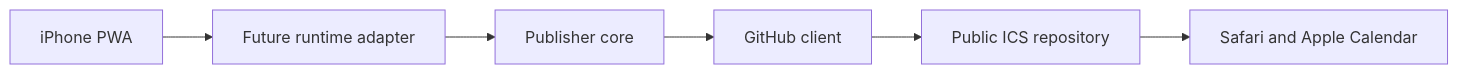
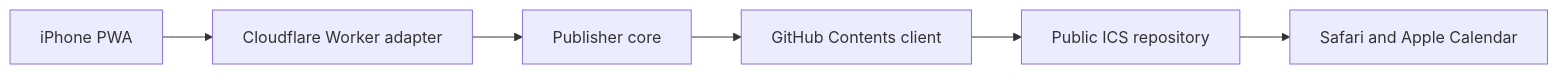
Before and after one commit to otherwise326/lightcal-ics: the diagram in lightcal-ics-threat-model.md, drawn with Mermaid. The commit also changed other lines of this file and 17 other files, not shown here.

````diff
--- a/lightcal-ics-threat-model.md
+++ b/lightcal-ics-threat-model.md
@@ -37,8 +27,8 @@
 ```mermaid
 flowchart LR
-  A["iPhone PWA"] --> B["Future runtime adapter"]
+  A["iPhone PWA"] --> B["Cloudflare Worker adapter"]
   B --> C["Publisher core"]
-  C --> D["GitHub client"]
+  C --> D["GitHub Contents client"]
   D --> E["Public ICS repository"]
   E --> F["Safari and Apple Calendar"]
 ```
````
